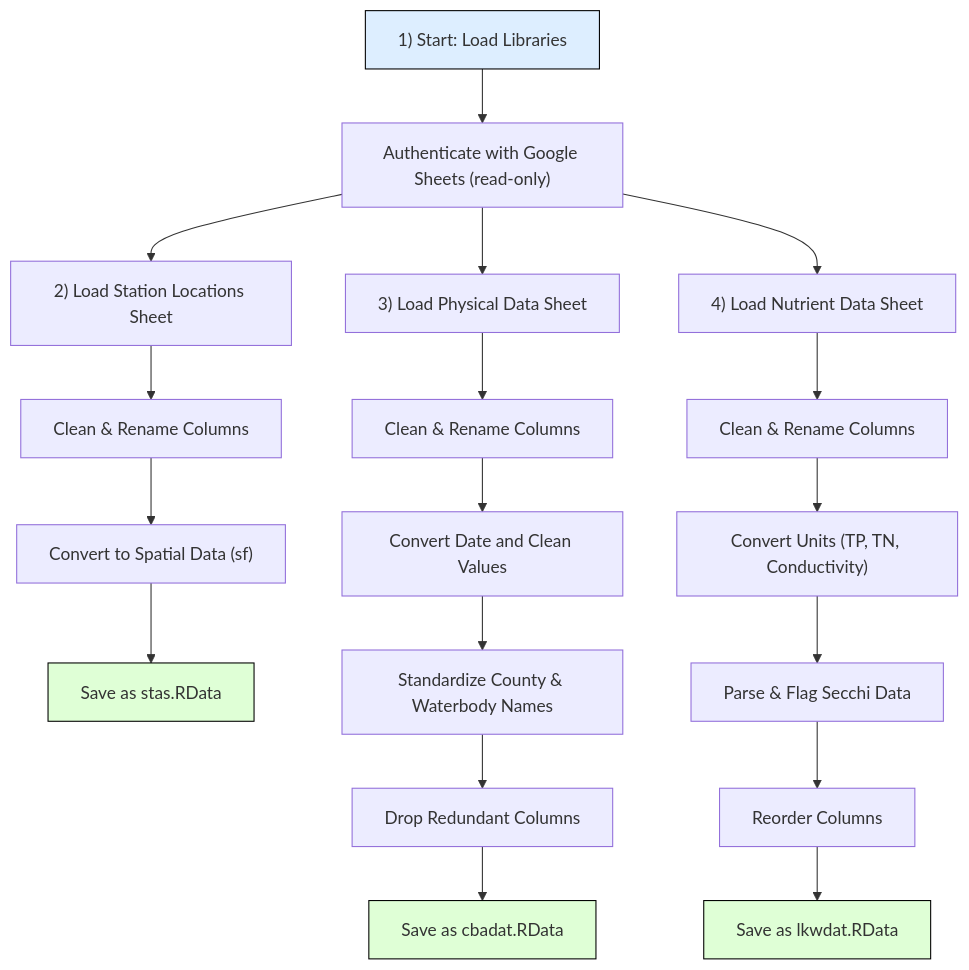
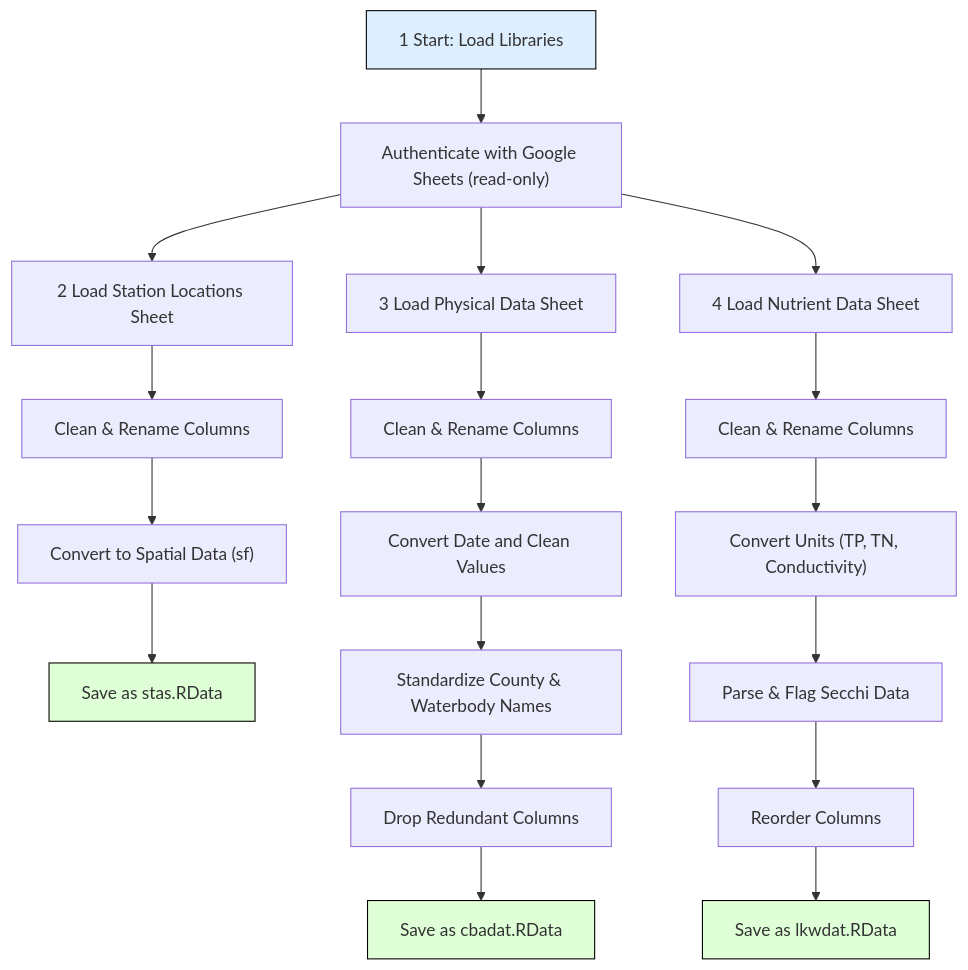
One commit to choctawhatchee-basin-alliance/wq-dashboard changed the diagram in doc/workflow.md. Above: the diagram before and after it, drawn with Mermaid.

````diff
--- a/doc/workflow.md
+++ b/doc/workflow.md
@@ -6,27 +6,27 @@
 ```mermaid
 flowchart TD
-  A["1) Start: Load Libraries"] --> B["Authenticate with Google Sheets (read-only)"]
-  B --> C["2) Load Station Locations Sheet"]
+  A["1 Start: Load Libraries"] --> B["Authenticate with Google Sheets (read-only)"]
+  B --> C["2 Load Station Locations Sheet"]
   C --> D[Clean & Rename Columns]
   D --> E["Convert to Spatial Data (sf)"]
   E --> F[Save as stas.RData]
 
-  B --> G["3) Load Physical Data Sheet"]
+  B --> G["3 Load Physical Data Sheet"]
   G --> H[Clean & Rename Columns]
   H --> I[Convert Date and Clean Values]
   I --> J[Standardize County & Waterbody Names]
   J --> K[Drop Redundant Columns]
   K --> L[Save as cbadat.RData]
 
-  B --> M["4) Load Nutrient Data Sheet"]
+  B --> M["4 Load Nutrient Data Sheet"]
   M --> N[Clean & Rename Columns]
   N --> O["Convert Units (TP, TN, Conductivity)"]
   O --> P[Parse & Flag Secchi Data]
   P --> Q[Reorder Columns]
   Q --> R[Save as lkwdat.RData]
 
   style A fill:#DDEEFF,stroke:#000,stroke-width:1px
   style F fill:#DFFFD6,stroke:#000,stroke-width:1px
   style L fill:#DFFFD6,stroke:#000,stroke-width:1px
   style R fill:#DFFFD6,stroke:#000,stroke-width:1px
 ```
````
